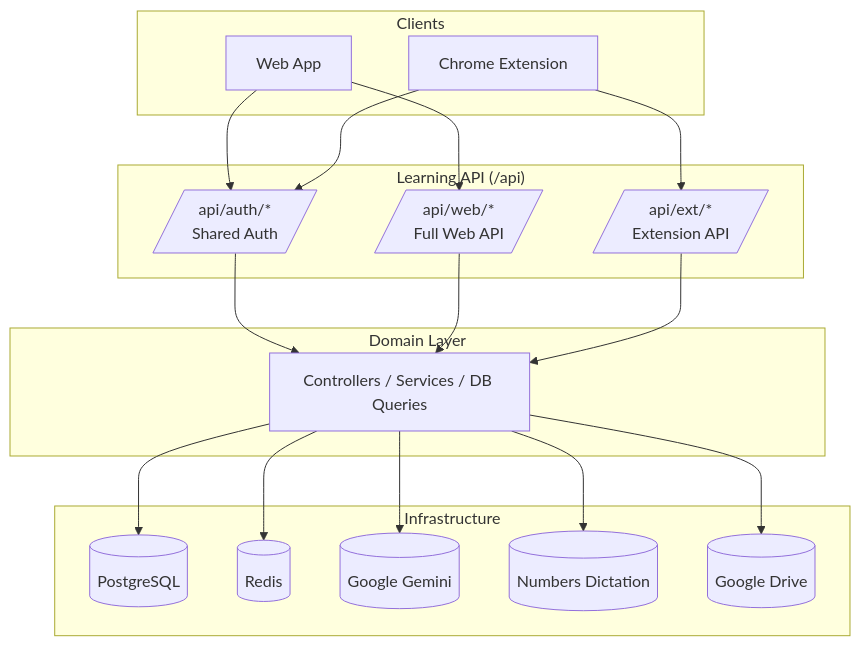
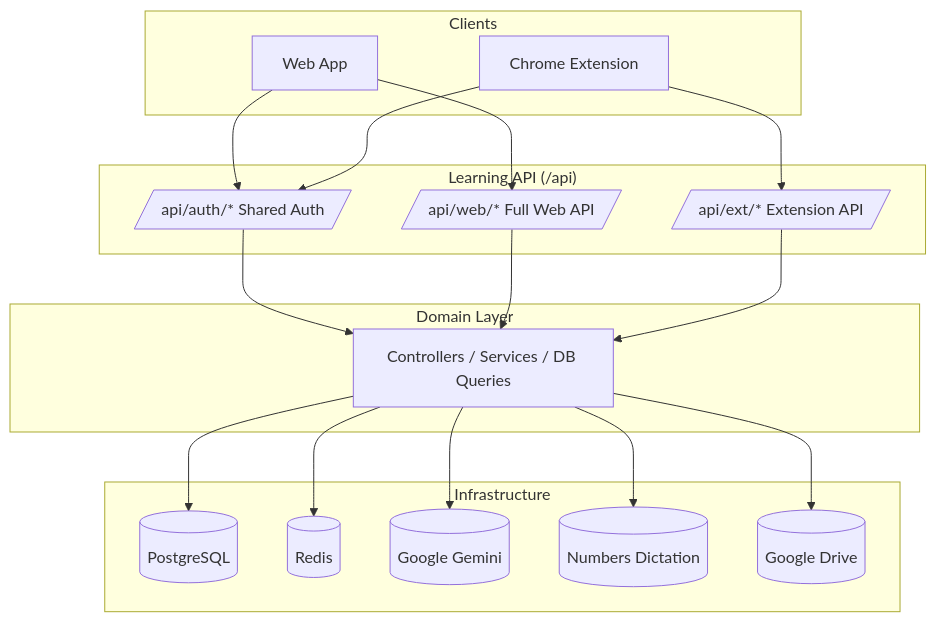
The first of 6 diagrams in README.md (nldq092203/memomap-learning), drawn with Mermaid before and after one commit. The commit also changed 178 other files, not shown here.

````diff
--- a/README.md
+++ b/README.md
@@ -85,40 +85,40 @@
 ```mermaid
 flowchart TD
     subgraph Clients
         Web[Web App]
         Ext[Chrome Extension]
     end
 
     subgraph API["Learning API (/api)"]
-        Auth[/api/auth/*\nShared Auth/]
-        WebApi[/api/web/*\nFull Web API/]
-        ExtApi[/api/ext/*\nExtension API/]
+        Auth[/api/auth/* Shared Auth/]
+        WebApi[/api/web/* Full Web API/]
+        ExtApi[/api/ext/* Extension API/]
     end
 
     subgraph Domain["Domain Layer"]
         DomainSvc[Controllers / Services / DB Queries]
     end
 
     subgraph Infra["Infrastructure"]
         DB[(PostgreSQL)]
         Cache[(Redis)]
         Gemini[(Google Gemini)]
         Numbers[(Numbers Dictation)]
         Drive[(Google Drive)]
     end
 
     Web --> Auth
     Web --> WebApi
     Ext --> Auth
     Ext --> ExtApi
 
     Auth --> DomainSvc
     WebApi --> DomainSvc
     ExtApi --> DomainSvc
 
     DomainSvc --> DB
     DomainSvc --> Cache
     DomainSvc --> Gemini
     DomainSvc --> Numbers
     DomainSvc --> Drive
 ```
````
